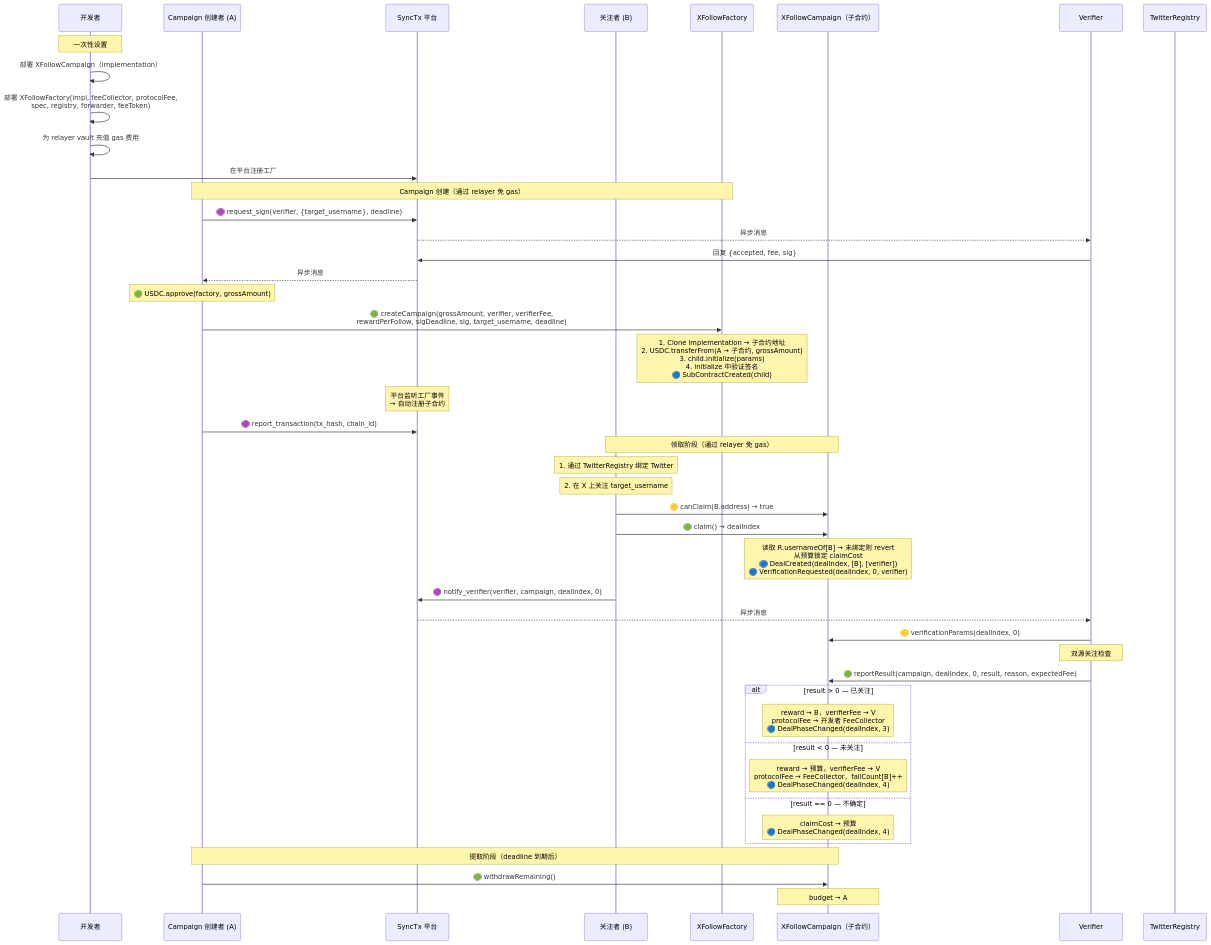
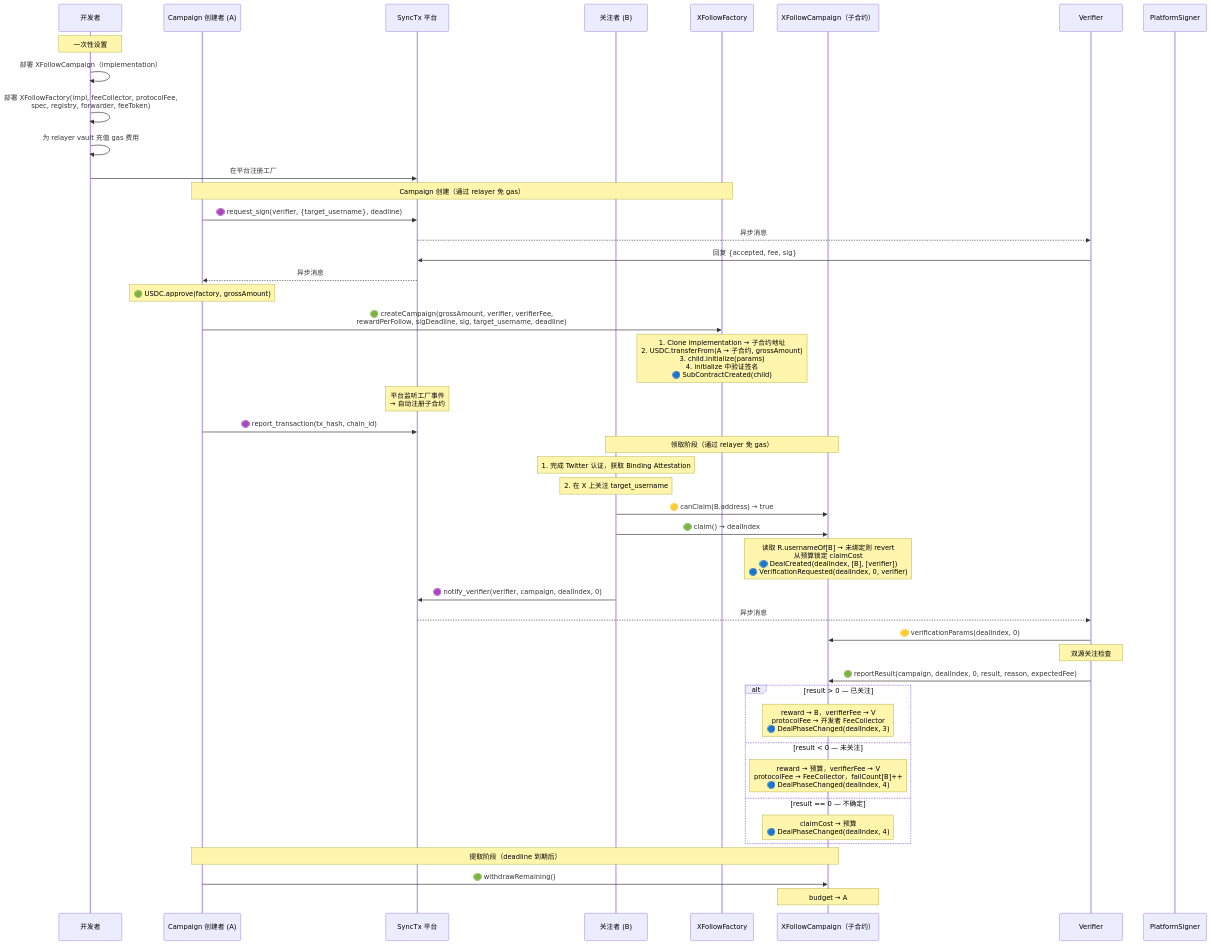
Before and after one commit to synctxai/synctx: the first of 2 diagrams in examples/x-follow/x-follow-design-zh.md, drawn with Mermaid. The commit also changed other lines of this file and 7 other files, not shown here.

First line of the commit message:
replace TwitterRegistry with BindingAttestation contract

````diff
--- a/examples/x-follow/x-follow-design-zh.md
+++ b/examples/x-follow/x-follow-design-zh.md
@@ -218,58 +218,58 @@
 ```mermaid
 sequenceDiagram
     participant Dev as 开发者
     participant A as Campaign 创建者 (A)
     participant P as SyncTx 平台
     participant B as 关注者 (B)
     participant Fac as XFollowFactory
     participant C as XFollowCampaign（子合约）
     participant V as Verifier
-    participant R as TwitterRegistry
+    participant PS as PlatformSigner
 
     Note over Dev: 一次性设置
     Dev->>Dev: 部署 XFollowCampaign（implementation）
     Dev->>Dev: 部署 XFollowFactory(impl, feeCollector, protocolFee,<br/>spec, registry, forwarder, feeToken)
     Dev->>Dev: 为 relayer vault 充值 gas 费用
     Dev->>P: 在平台注册工厂
 
     Note over A,Fac: Campaign 创建（通过 relayer 免 gas）
 
     A->>P: 🟣 request_sign(verifier, {target_username}, deadline)
     P-->>V: 异步消息
     V->>P: 回复 {accepted, fee, sig}
     P-->>A: 异步消息
 
     Note over A: 🟢 USDC.approve(factory, grossAmount)
     A->>Fac: 🟢 createCampaign(grossAmount, verifier, verifierFee,<br/>rewardPerFollow, sigDeadline, sig, target_username, deadline)
     Note over Fac: 1. Clone implementation → 子合约地址<br/>2. USDC.transferFrom(A → 子合约, grossAmount)<br/>3. child.initialize(params)<br/>4. initialize 中验证签名<br/>🔵 SubContractCreated(child)
     Note over P: 平台监听工厂事件<br/>→ 自动注册子合约
     A->>P: 🟣 report_transaction(tx_hash, chain_id)
 
     Note over B,C: 领取阶段（通过 relayer 免 gas）
 
-    Note over B: 1. 通过 TwitterRegistry 绑定 Twitter
+    Note over B: 1. 完成 Twitter 认证，获取 Binding Attestation
     Note over B: 2. 在 X 上关注 target_username
     B->>C: 🟡 canClaim(B.address) → true
     B->>C: 🟢 claim() → dealIndex
     Note over C: 读取 R.usernameOf[B] → 未绑定则 revert<br/>从预算锁定 claimCost<br/>🔵 DealCreated(dealIndex, [B], [verifier])<br/>🔵 VerificationRequested(dealIndex, 0, verifier)
     B->>P: 🟣 notify_verifier(verifier, campaign, dealIndex, 0)
     P-->>V: 异步消息
 
     V->>C: 🟡 verificationParams(dealIndex, 0)
     Note over V: 双源关注检查
 
     V->>C: 🟢 reportResult(campaign, dealIndex, 0, result, reason, expectedFee)
 
     alt result > 0 — 已关注
         Note over C: reward → B，verifierFee → V<br/>protocolFee → 开发者 FeeCollector<br/>🔵 DealPhaseChanged(dealIndex, 3)
     else result < 0 — 未关注
         Note over C: reward → 预算，verifierFee → V<br/>protocolFee → FeeCollector，failCount[B]++<br/>🔵 DealPhaseChanged(dealIndex, 4)
     else result == 0 — 不确定
         Note over C: claimCost → 预算<br/>🔵 DealPhaseChanged(dealIndex, 4)
     end
 
     Note over A,C: 提取阶段（deadline 到期后）
 
     A->>C: 🟢 withdrawRemaining()
     Note over C: budget → A
 ```
````
